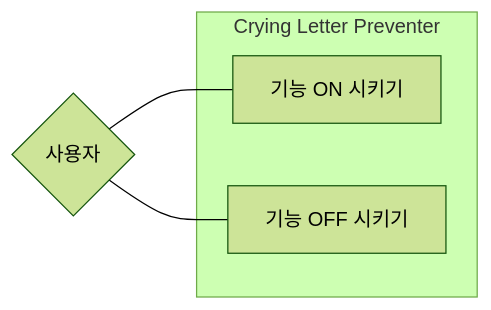
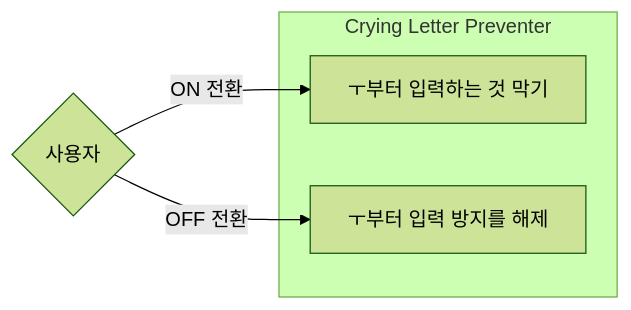
One commit to sarifor/crying-letter-preventer changed the diagram in docs/2. 설계/2.2 소프트웨어 설계/2.2.2 내부 설계/비즈니스 로직 프로그램 설계/유스케이스 다이어그램.md. Above: the diagram before and after it, drawn with Mermaid (forest theme). The commit also changed 1 other file, not shown here.

Commit message:
Update: use case diagram and flowchart to clarify logic

````diff
--- a/docs/2. 설계/2.2 소프트웨어 설계/2.2.2 내부 설계/비즈니스 로직 프로그램 설계/유스케이스 다이어그램.md
+++ b/docs/2. 설계/2.2 소프트웨어 설계/2.2.2 내부 설계/비즈니스 로직 프로그램 설계/유스케이스 다이어그램.md
@@ -3,14 +3,14 @@
 ```mermaid
 flowchart LR
 
 A{사용자}
 
-A --- B[기능 ON 시키기]
-A --- C[기능 OFF 시키기]
+A --"ON 전환"--> B[ㅜ부터 입력하는 것 막기]
+A --"OFF 전환"--> C[ㅜ부터 입력 방지를 해제]
 
 subgraph Crying Letter Preventer
   B
   C
 end
 
 ```
````
